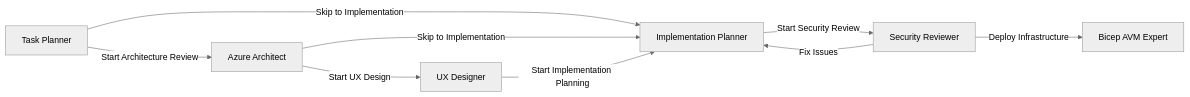
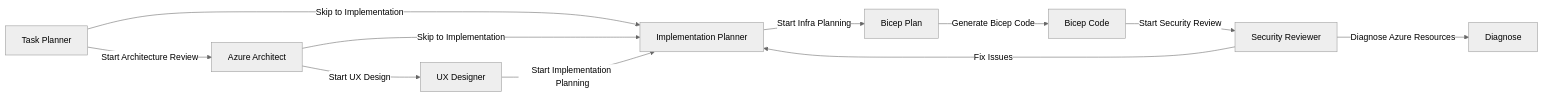
Before and after one commit to jonathan-vella/hacker-board: the first of 2 diagrams in docs/agents-and-skills.md, drawn with Mermaid (neutral theme). The commit also changed other lines of this file and 29 other files, not shown here.

First line of the commit message:
feat(agents): replace Bicep AVM Expert with Bicep Plan/Code, add Diagnose agent and azure-diagrams skill

````diff
--- a/docs/agents-and-skills.md
+++ b/docs/agents-and-skills.md
@@ -52,11 +54,13 @@
 ```mermaid
 graph LR
     TP[Task Planner] -->|"Start Architecture Review"| AA[Azure Architect]
     TP -->|"Skip to Implementation"| IP[Implementation Planner]
     AA -->|"Start UX Design"| UX[UX Designer]
     AA -->|"Skip to Implementation"| IP
     UX -->|"Start Implementation Planning"| IP
-    IP -->|"Start Security Review"| SR[Security Reviewer]
-    SR -->|"Deploy Infrastructure"| BA[Bicep AVM Expert]
+    IP -->|"Start Infra Planning"| BP[Bicep Plan]
+    BP -->|"Generate Bicep Code"| BC[Bicep Code]
+    BC -->|"Start Security Review"| SR[Security Reviewer]
     SR -->|"Fix Issues"| IP
+    SR -->|"Diagnose Azure Resources"| DG[Diagnose]
 ```
````
